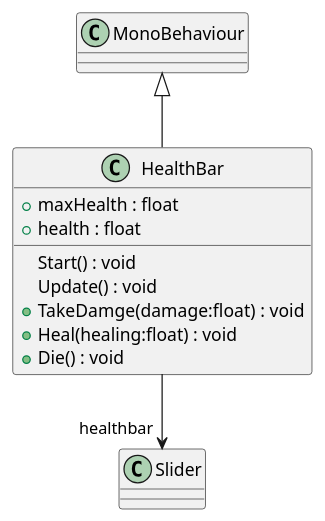
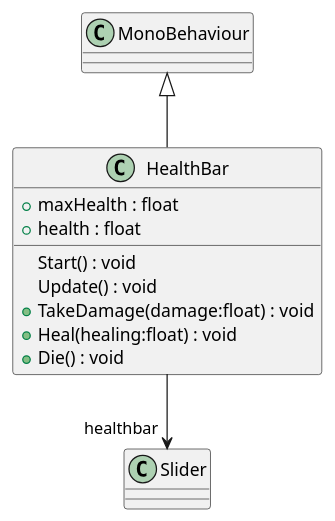
The diagram in UML/Assets/Scripts/HealthBar.puml (2314577483/Vampire-Hunter), drawn with PlantUML before and after one commit. The commit also changed 13 other files, not shown here.

Commit message:
Generate UML (Generate UML)

```diff
--- a/UML/Assets/Scripts/HealthBar.puml
+++ b/UML/Assets/Scripts/HealthBar.puml
@@ -1,13 +1,13 @@
 @startuml
 class HealthBar {
     + maxHealth : float
     + health : float
     Start() : void
     Update() : void
-    + TakeDamge(damage:float) : void
+    + TakeDamage(damage:float) : void
     + Heal(healing:float) : void
     + Die() : void
 }
 MonoBehaviour <|-- HealthBar
 HealthBar --> "healthbar" Slider
 @enduml
```
